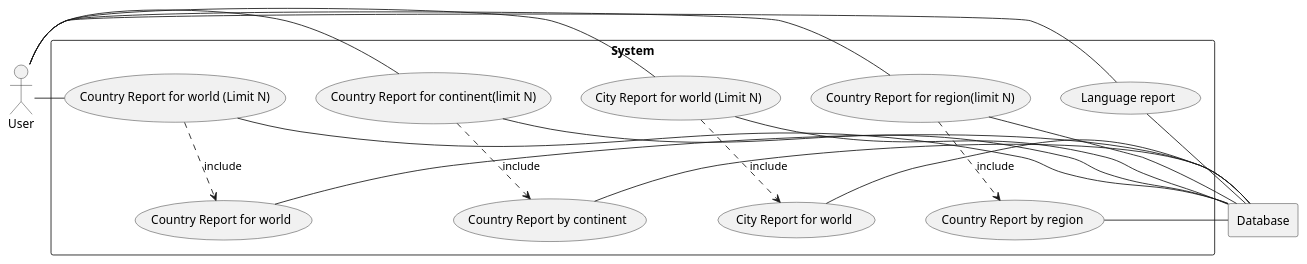
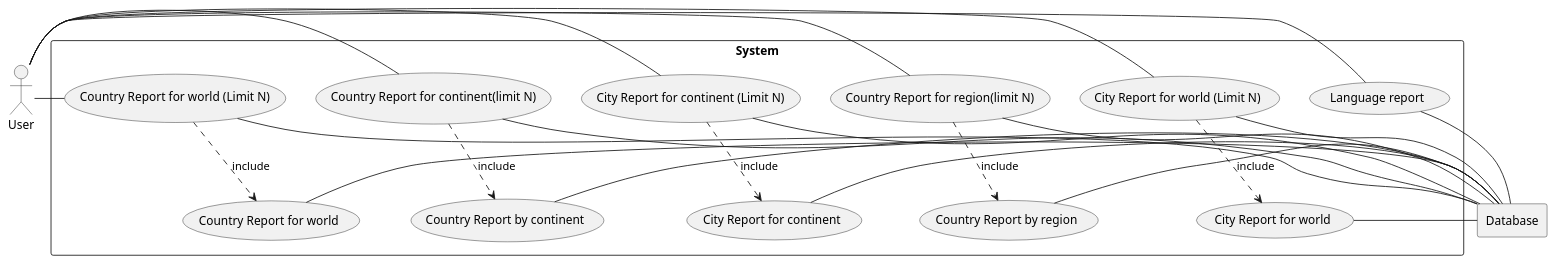
Before and after one commit to Drakon4ik-Coder/SET08103_GP: the diagram in use-cases/diagram-1.puml, drawn with PlantUML. The commit also changed 2 other files, not shown here.

Commit message:
Added use case for City Report for continent

```diff
--- a/use-cases/diagram-1.puml
+++ b/use-cases/diagram-1.puml
@@ -1,40 +1,46 @@
 @startuml
 
 actor U as "User"
 
 rectangle Database
 
 rectangle "System" {
     usecase UC1 as "Country Report for world"
     usecase UC2 as "Country Report for world (Limit N)"
     usecase UC3 as "Country Report by continent"
     usecase UC4 as "Country Report for continent(limit N)"
     usecase UC5 as "Country Report by region"
     usecase UC6 as "Country Report for region(limit N)"
     usecase UC7 as "Language report"
     usecase UC8 as "City Report for world"
     usecase UC9 as "City Report for world (Limit N)"
+    usecase UC10 as "City Report for continent"
+    usecase UC11 as "City Report for continent (Limit N)"
 
     U - UC2
     U - UC4
     U - UC6
     U - UC7
     U - UC9
+    U - UC11
 
     UC2 ..> UC1 : include
     UC4 ..> UC3 : include
     UC6 ..> UC5 : include
     UC9 ..> UC8 : include
+    UC11 ..> UC10 : include
 
     UC1 - Database
     UC2 - Database
     UC3 - Database
     UC4 - Database
     UC5 - Database
     UC6 - Database
     UC7 - Database
     UC8 - Database
     UC9 - Database
+    UC10 - Database
+    UC11 - Database
 }
 
 @enduml
```
